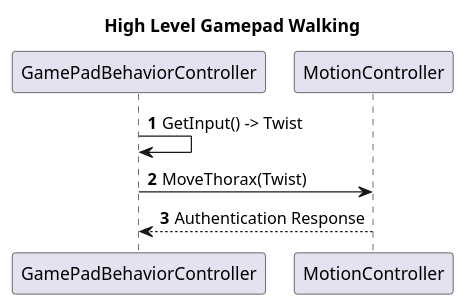
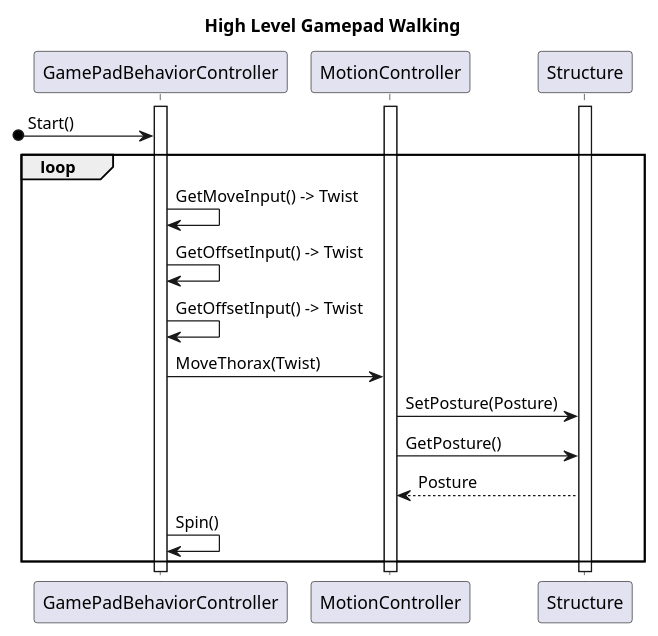
Before and after one commit to LasseBoerresen/Mayday: the diagram in Domain/Behavior/HighLevelWalking.puml, drawn with PlantUML.

Commit message:
Working my way through the HighLevelWalking sequence diagram...
Right now trying to figure out when to call GetPosture and what to use it for.

```diff
--- a/Domain/Behavior/HighLevelWalking.puml
+++ b/Domain/Behavior/HighLevelWalking.puml
@@ -1,12 +1,23 @@
 @startuml
 'https://plantuml.com/sequence-diagram
 
 title High Level Gamepad Walking
 
-autonumber
+activate GamePadBehaviorController
+activate MotionController
+activate Structure
 
-GamePadBehaviorController -> GamePadBehaviorController: GetInput() -> Twist
+[o-> GamePadBehaviorController: Start()
+loop
+GamePadBehaviorController -> GamePadBehaviorController: GetMoveInput() -> Twist
+GamePadBehaviorController -> GamePadBehaviorController: GetOffsetInput() -> Twist
+GamePadBehaviorController -> GamePadBehaviorController: GetOffsetInput() -> Twist
 GamePadBehaviorController -> MotionController: MoveThorax(Twist)
-MotionController --> GamePadBehaviorController: Authentication Response
+MotionController -> Structure: SetPosture(Posture)
+MotionController -> Structure: GetPosture()
+return Posture
+GamePadBehaviorController -> GamePadBehaviorController: Spin()
+end
+
 
 @enduml
```
